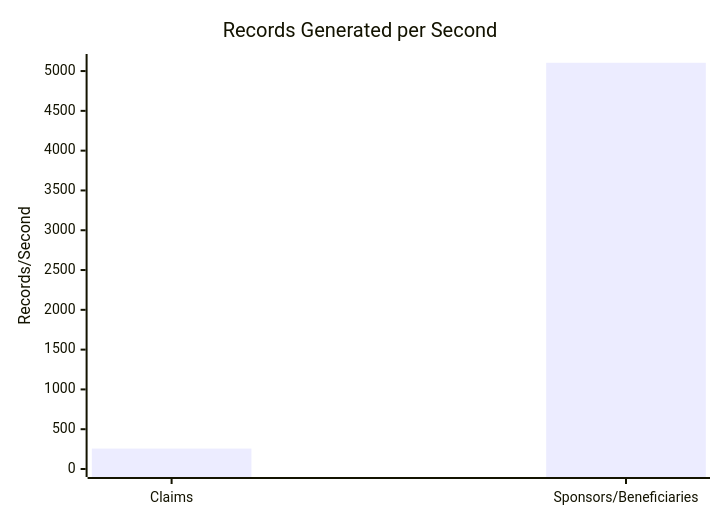
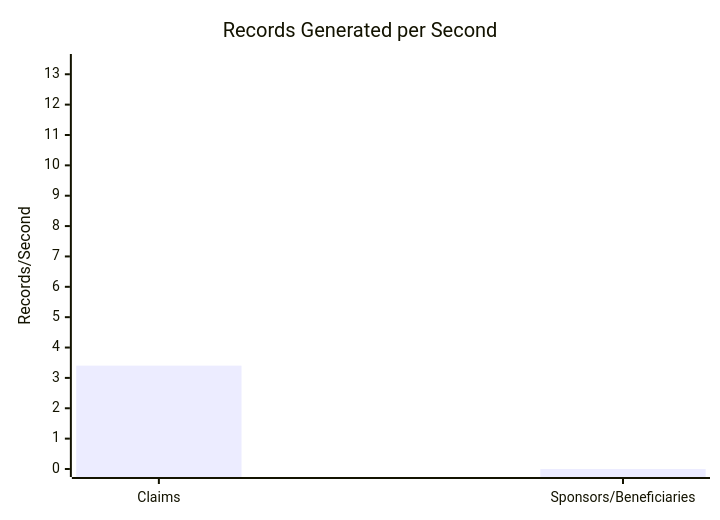
Before and after one commit to dhagan-va/intern-2025: the first of 11 diagrams in test-tools/DataGen/src/Statistics_Visualizer.md, drawn with Mermaid. The commit also changed other lines of this file and 7 other files, not shown here.

````diff
--- a/test-tools/DataGen/src/Statistics_Visualizer.md
+++ b/test-tools/DataGen/src/Statistics_Visualizer.md
@@ -18,7 +18,7 @@
 ```mermaid
 xychart-beta
     title "Records Generated per Second"
     x-axis ["Claims", "Sponsors/Beneficiaries"]
-    y-axis "Records/Second" 0 --> 5113.909983572282
-    bar [256.67337953111934, 5103.909983572282]
+    y-axis "Records/Second" 0 --> 13.40367597004765
+    bar [3.4036759700476518, 0.0]
 ```
````
